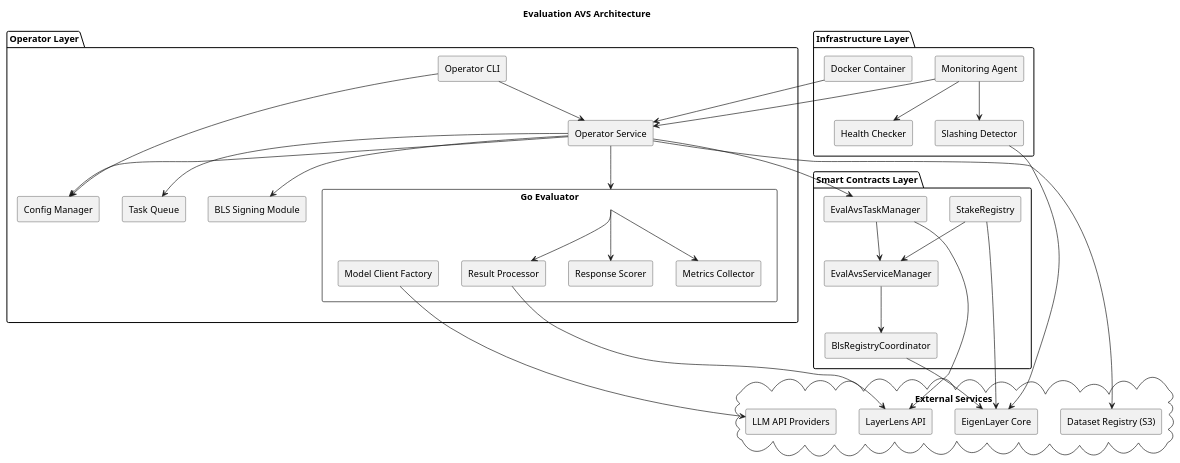
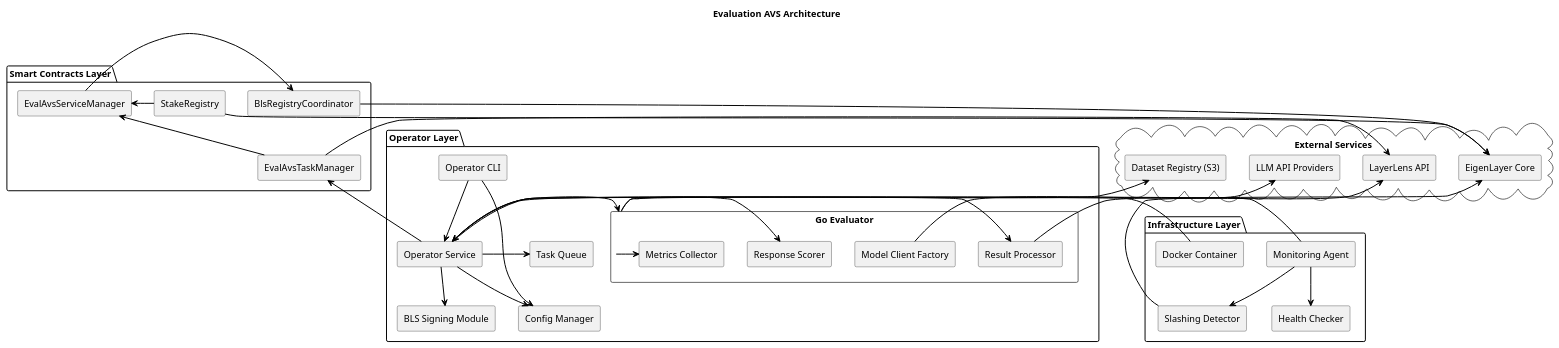
One commit to k-g-j/ll-sequence-diagrams changed the diagram in plantuml-diagrams/avs-architecture.puml. Above: the diagram before and after it, drawn with PlantUML. The commit also changed 11 other files, not shown here.

Commit message:
Fix arrow alignment issues in PlantUML diagrams

```diff
--- a/plantuml-diagrams/avs-architecture.puml
+++ b/plantuml-diagrams/avs-architecture.puml
@@ -1,76 +1,78 @@
 @startuml
 skinparam componentStyle rectangle
 skinparam backgroundColor white
 skinparam handwritten false
+skinparam ArrowColor black
+skinparam ArrowThickness 1.5
 
 title Evaluation AVS Architecture
 
 package "Smart Contracts Layer" {
   [EvalAvsServiceManager] as ServiceManager
   [EvalAvsTaskManager] as TaskManager
   [BlsRegistryCoordinator] as BLSRegistry
   [StakeRegistry] as StakeRegistry
 }
 
 package "Operator Layer" {
   [Operator Service] as OpService
   [Operator CLI] as OpCLI
   [Task Queue] as TaskQueue
   [BLS Signing Module] as BlsSigner
   [Config Manager] as ConfigMgr
   
   component "Go Evaluator" as GoEval {
     [Model Client Factory] as ModelFactory
     [Response Scorer] as Scorer
     [Result Processor] as Processor
     [Metrics Collector] as Metrics
   }
 }
 
 package "Infrastructure Layer" {
   [Docker Container] as Docker
   [Monitoring Agent] as Monitor
   [Health Checker] as Health
   [Slashing Detector] as Slashing
 }
 
 cloud "External Services" {
   [EigenLayer Core] as EigenLayer
   [Dataset Registry (S3)] as S3
   [LLM API Providers] as LLM
   [LayerLens API] as LayerLensAPI
 }
 
 ' Contract interactions
-ServiceManager --> BLSRegistry
-TaskManager --> ServiceManager
-StakeRegistry --> ServiceManager
-BLSRegistry --> EigenLayer
-StakeRegistry --> EigenLayer
+ServiceManager -right-> BLSRegistry
+TaskManager -up-> ServiceManager
+StakeRegistry -right-> ServiceManager
+BLSRegistry -up-> EigenLayer
+StakeRegistry -up-> EigenLayer
 
 ' Operator components
-OpService --> TaskQueue
-OpService --> BlsSigner
-OpService --> ConfigMgr
-OpService --> GoEval
-OpCLI --> OpService
-OpCLI --> ConfigMgr
-ModelFactory --> LLM
-GoEval --> Processor
-GoEval --> Scorer
-GoEval --> Metrics
-Processor --> LayerLensAPI
+OpService -right-> TaskQueue
+OpService -down-> BlsSigner
+OpService -down-> ConfigMgr
+OpService -right-> GoEval
+OpCLI -down-> OpService
+OpCLI -right-> ConfigMgr
+ModelFactory -up-> LLM
+GoEval -down-> Processor
+GoEval -right-> Scorer
+GoEval -up-> Metrics
+Processor -right-> LayerLensAPI
 
 ' Infrastructure
-Docker --> OpService
-Monitor --> OpService
-Monitor --> Health
-Monitor --> Slashing
-Slashing --> EigenLayer
+Docker -right-> OpService
+Monitor -right-> OpService
+Monitor -down-> Health
+Monitor -down-> Slashing
+Slashing -up-> EigenLayer
 
 ' External connections
-OpService --> TaskManager
-OpService --> S3
-TaskManager --> LayerLensAPI
+OpService -up-> TaskManager
+OpService -up-> S3
+TaskManager -right-> LayerLensAPI
 
 @enduml
```
